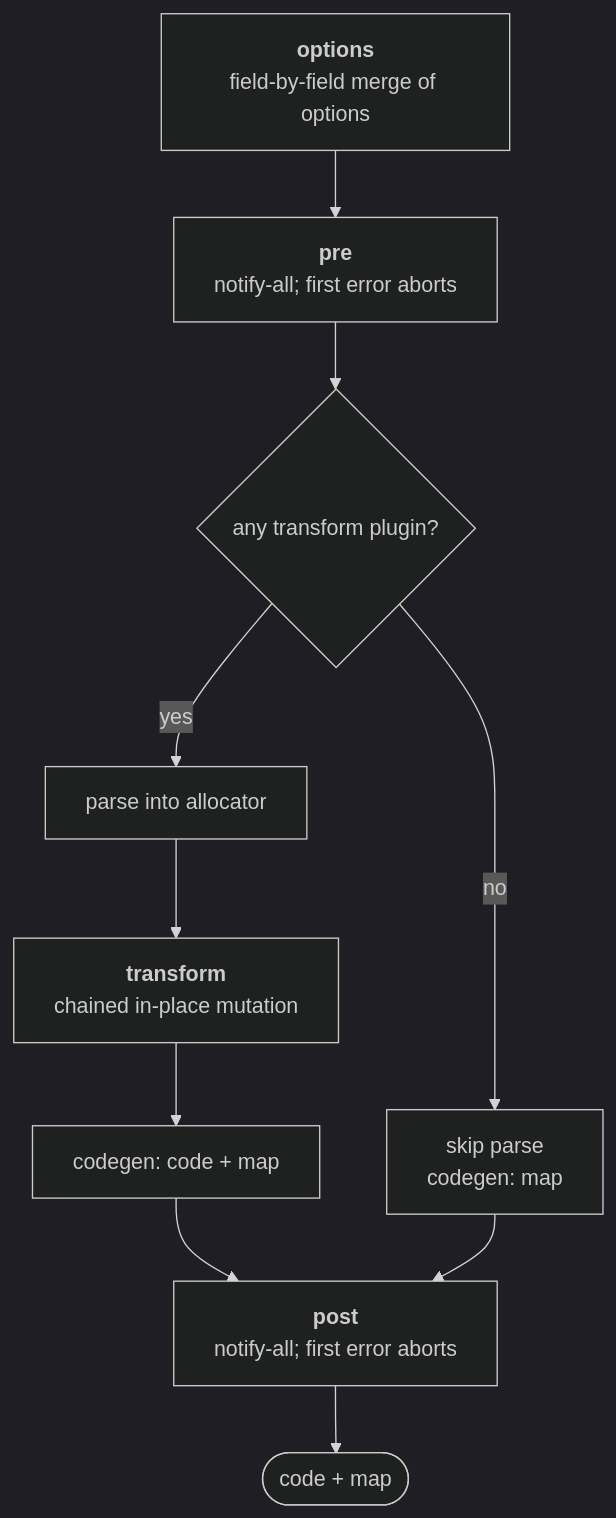
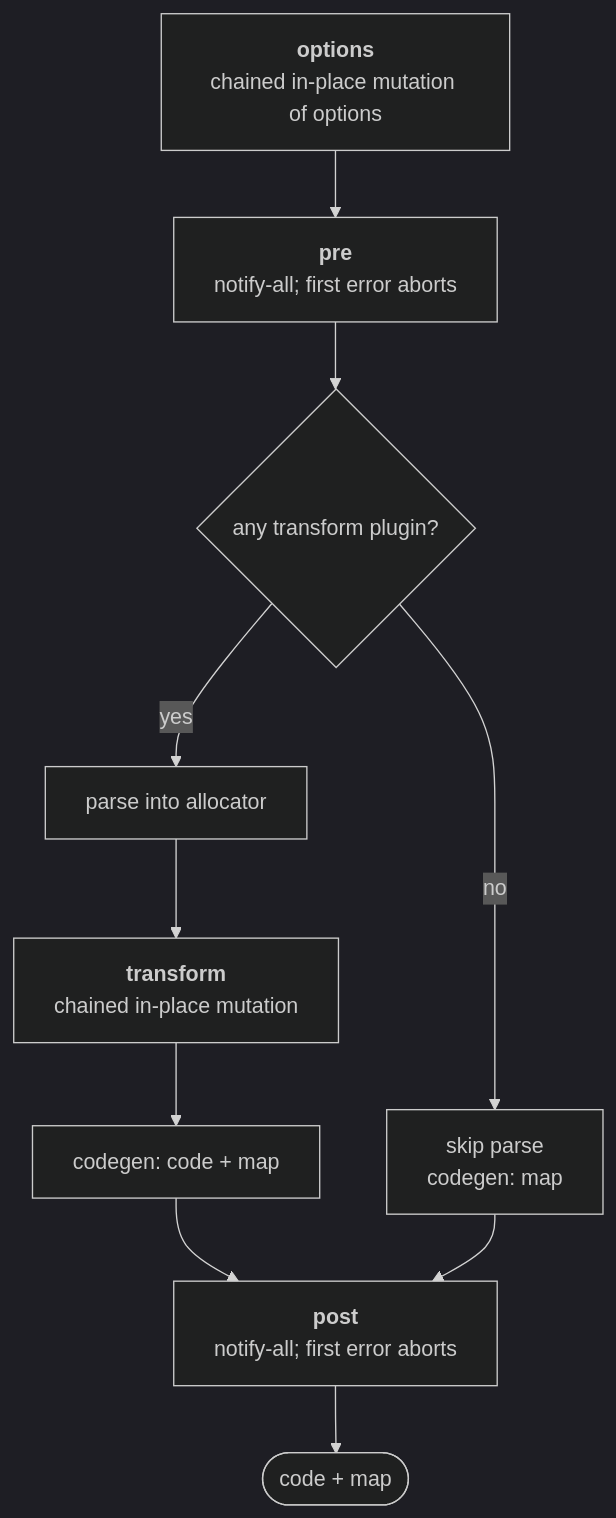
Before and after one commit to telarel/telarel: the second of 3 diagrams in ARCHITECTURE.md, drawn with Mermaid (dark theme). The commit also changed other lines of this file and 16 other files, not shown here.

Commit message:
feat: make options hook to in-place mutation semantics

````diff
--- a/ARCHITECTURE.md
+++ b/ARCHITECTURE.md
@@ -34,17 +34,17 @@
 ```mermaid
 flowchart TD
-    Options[<b>options</b><br/>field-by-field merge of options]
+    Options[<b>options</b><br/>chained in-place mutation of options]
     Pre[<b>pre</b><br/>notify-all; first error aborts]
     TransformNeeded{any transform plugin?}
     Parse[parse into allocator]
     Transform[<b>transform</b><br/>chained in-place mutation]
     Codegen[codegen: code + map]
     Skip[skip parse<br/>codegen: map]
     Post[<b>post</b><br/>notify-all; first error aborts]
     Output([code + map])
 
     Options --> Pre --> TransformNeeded
     TransformNeeded -->|yes| Parse --> Transform --> Codegen --> Post
     TransformNeeded -->|no| Skip --> Post
     Post --> Output
 ```
````
